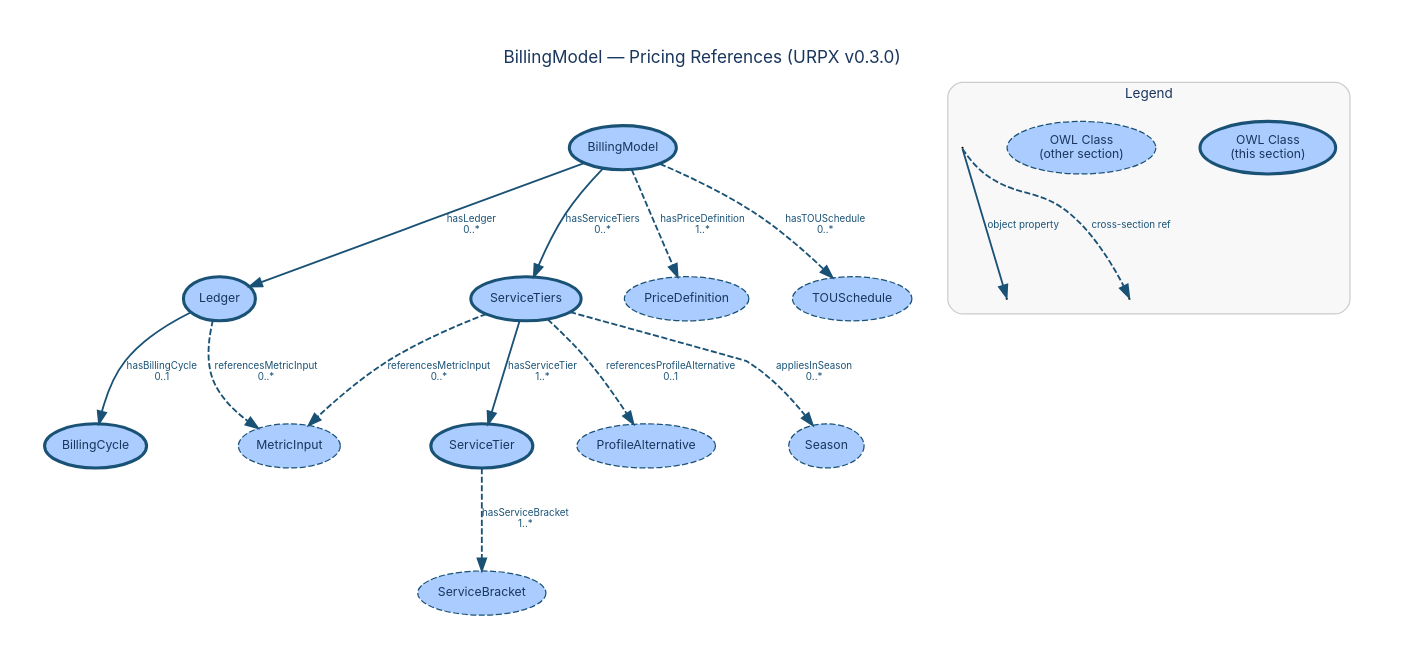
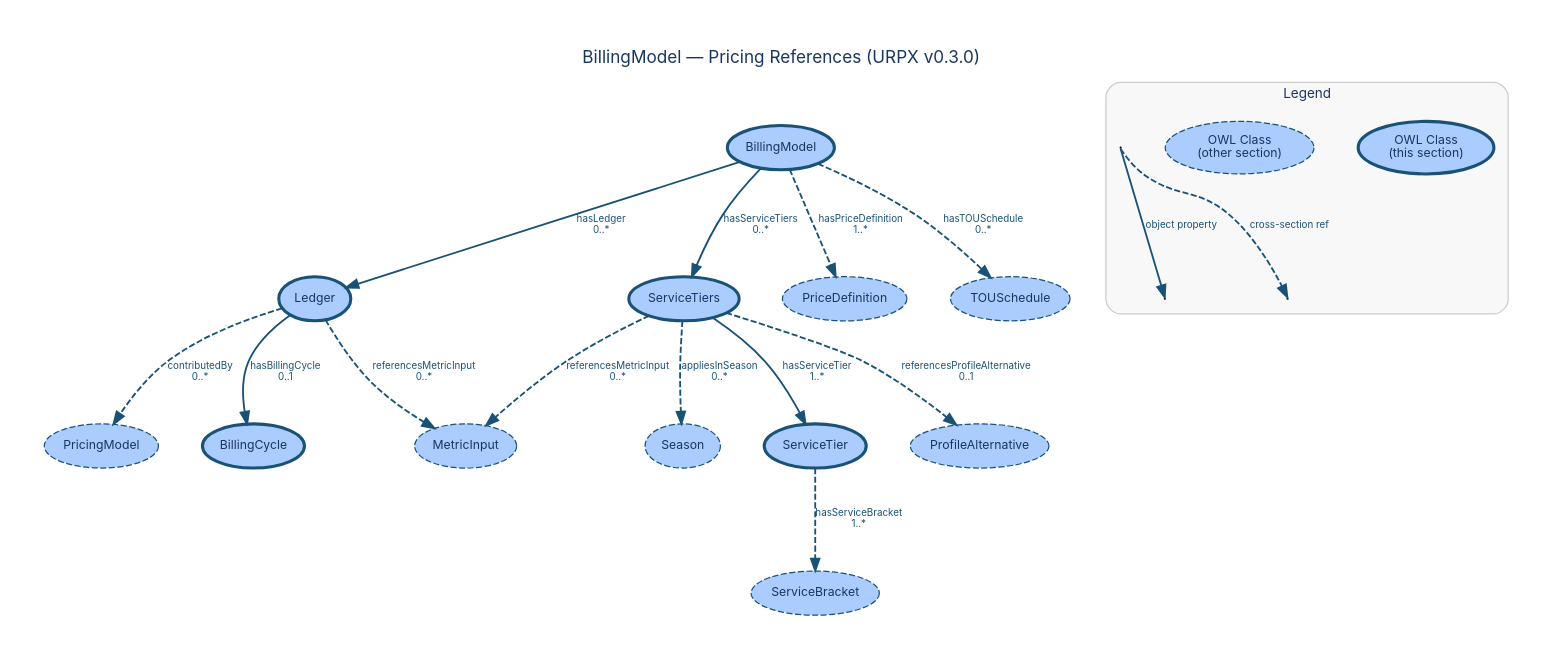
One commit to urpx-org/urpx changed the diagram in documentation/diagrams/dictionary/plan-elements-billing-entities-billing-model-detail.dot. Above: the diagram before and after it, drawn with Graphviz. The commit also changed 18 other files, not shown here.

```diff
--- a/documentation/diagrams/dictionary/plan-elements-billing-entities-billing-model-detail.dot
+++ b/documentation/diagrams/dictionary/plan-elements-billing-entities-billing-model-detail.dot
@@ -1,121 +1,128 @@
 digraph "BillingModel — Pricing References" {
     rankdir=TB;
     bgcolor="white";
     pad=0.4;
     nodesep=0.5;
     ranksep=0.9;
     fontname="Inter, Helvetica, Arial, sans-serif";
     label="BillingModel — Pricing References (URPX v0.3.0)";
     labelloc="t";
     fontsize=14;
     fontcolor="#1a365d";
     node [fontname="Inter, Helvetica, Arial, sans-serif", fontsize=10, style=filled, fontcolor="#1a365d"];
     edge [fontname="Inter, Helvetica, Arial, sans-serif", fontsize=8, fontcolor="#1a365d"];
 
     // Section classes
     BillingModel [
         label="BillingModel"
         shape=ellipse, fillcolor="#aaccff", color="#1a5276", penwidth=2.5
     ];
     BillingCycle [
         label="BillingCycle"
         shape=ellipse, fillcolor="#aaccff", color="#1a5276", penwidth=2.5
     ];
     Ledger [
         label="Ledger"
         shape=ellipse, fillcolor="#aaccff", color="#1a5276", penwidth=2.5
     ];
     ServiceTier [
         label="ServiceTier"
         shape=ellipse, fillcolor="#aaccff", color="#1a5276", penwidth=2.5
     ];
     ServiceTiers [
         label="ServiceTiers"
         shape=ellipse, fillcolor="#aaccff", color="#1a5276", penwidth=2.5
     ];
 
     // Cross-section references
     MetricInput [
         label="MetricInput"
         shape=ellipse, fillcolor="#aaccff", color="#1a5276", penwidth=1, style="filled,dashed"
     ];
     PriceDefinition [
         label="PriceDefinition"
         shape=ellipse, fillcolor="#aaccff", color="#1a5276", penwidth=1, style="filled,dashed"
     ];
+    PricingModel [
+        label="PricingModel"
+        shape=ellipse, fillcolor="#aaccff", color="#1a5276", penwidth=1, style="filled,dashed"
+    ];
     ProfileAlternative [
         label="ProfileAlternative"
         shape=ellipse, fillcolor="#aaccff", color="#1a5276", penwidth=1, style="filled,dashed"
     ];
     Season [
         label="Season"
         shape=ellipse, fillcolor="#aaccff", color="#1a5276", penwidth=1, style="filled,dashed"
     ];
     ServiceBracket [
         label="ServiceBracket"
         shape=ellipse, fillcolor="#aaccff", color="#1a5276", penwidth=1, style="filled,dashed"
     ];
     TOUSchedule [
         label="TOUSchedule"
         shape=ellipse, fillcolor="#aaccff", color="#1a5276", penwidth=1, style="filled,dashed"
     ];
 
     // Object property edges
     BillingModel -> Ledger [
         label="hasLedger\n0..*", color="#1a5276", fontcolor="#1a5276", penwidth=1.5
     ];
     BillingModel -> PriceDefinition [
         label="hasPriceDefinition\n1..*", style=dashed, color="#1a5276", fontcolor="#1a5276", penwidth=1.5
     ];
     BillingModel -> ServiceTiers [
         label="hasServiceTiers\n0..*", color="#1a5276", fontcolor="#1a5276", penwidth=1.5
     ];
     BillingModel -> TOUSchedule [
         label="hasTOUSchedule\n0..*", style=dashed, color="#1a5276", fontcolor="#1a5276", penwidth=1.5
+    ];
+    Ledger -> PricingModel [
+        label="contributedBy\n0..*", style=dashed, color="#1a5276", fontcolor="#1a5276", penwidth=1.5
     ];
     Ledger -> BillingCycle [
         label="hasBillingCycle\n0..1", color="#1a5276", fontcolor="#1a5276", penwidth=1.5
     ];
     Ledger -> MetricInput [
         label="referencesMetricInput\n0..*", style=dashed, color="#1a5276", fontcolor="#1a5276", penwidth=1.5
     ];
     ServiceTier -> ServiceBracket [
         label="hasServiceBracket\n1..*", style=dashed, color="#1a5276", fontcolor="#1a5276", penwidth=1.5
     ];
     ServiceTiers -> Season [
         label="appliesInSeason\n0..*", style=dashed, color="#1a5276", fontcolor="#1a5276", penwidth=1.5
     ];
     ServiceTiers -> ServiceTier [
         label="hasServiceTier\n1..*", color="#1a5276", fontcolor="#1a5276", penwidth=1.5
     ];
     ServiceTiers -> MetricInput [
         label="referencesMetricInput\n0..*", style=dashed, color="#1a5276", fontcolor="#1a5276", penwidth=1.5
     ];
     ServiceTiers -> ProfileAlternative [
         label="referencesProfileAlternative\n0..1", style=dashed, color="#1a5276", fontcolor="#1a5276", penwidth=1.5
     ];
 
     // Layout-specified rank groups
     { rank=same; BillingModel; }
     { rank=same; Ledger; ServiceTiers; }
     { rank=same; BillingCycle; ServiceTier; }
 
     subgraph cluster_legend {
         label="Legend";
         fontname="Inter, Helvetica, Arial, sans-serif";
         fontsize=11;
         fontcolor="#1a365d";
         style=rounded;
         color="#cccccc";
         bgcolor="#f8f8f8";
         margin=12;
 
         leg_class [label="OWL Class\n(this section)", shape=ellipse, fillcolor="#aaccff", color="#1a5276", penwidth=2.5];
         leg_xref [label="OWL Class\n(other section)", shape=ellipse, fillcolor="#aaccff", color="#1a5276", penwidth=1, style="filled,dashed"];
         leg_src [label=" ", shape=point, width=0.01];
         leg_tgt1 [label=" ", shape=point, width=0.01];
         leg_src -> leg_tgt1 [label="object property", color="#1a5276", fontcolor="#1a5276", penwidth=1.5];
         leg_tgt2 [label=" ", shape=point, width=0.01];
         leg_src -> leg_tgt2 [label="cross-section ref", style=dashed, color="#1a5276", fontcolor="#1a5276", penwidth=1.5];
     }
 }
```
